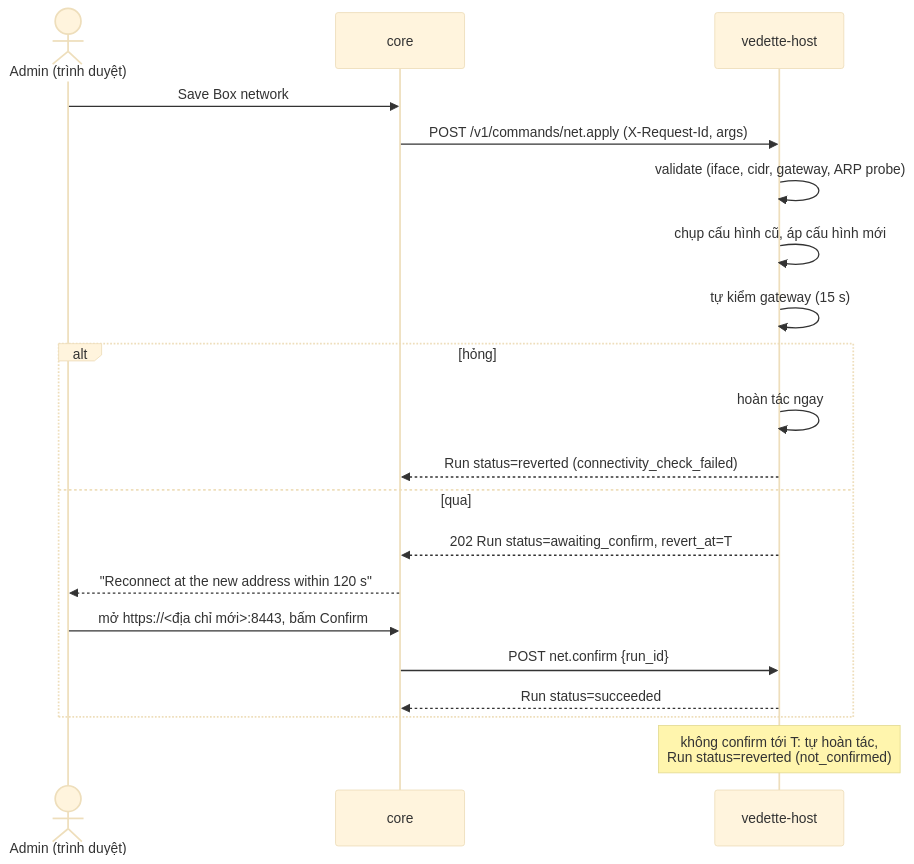
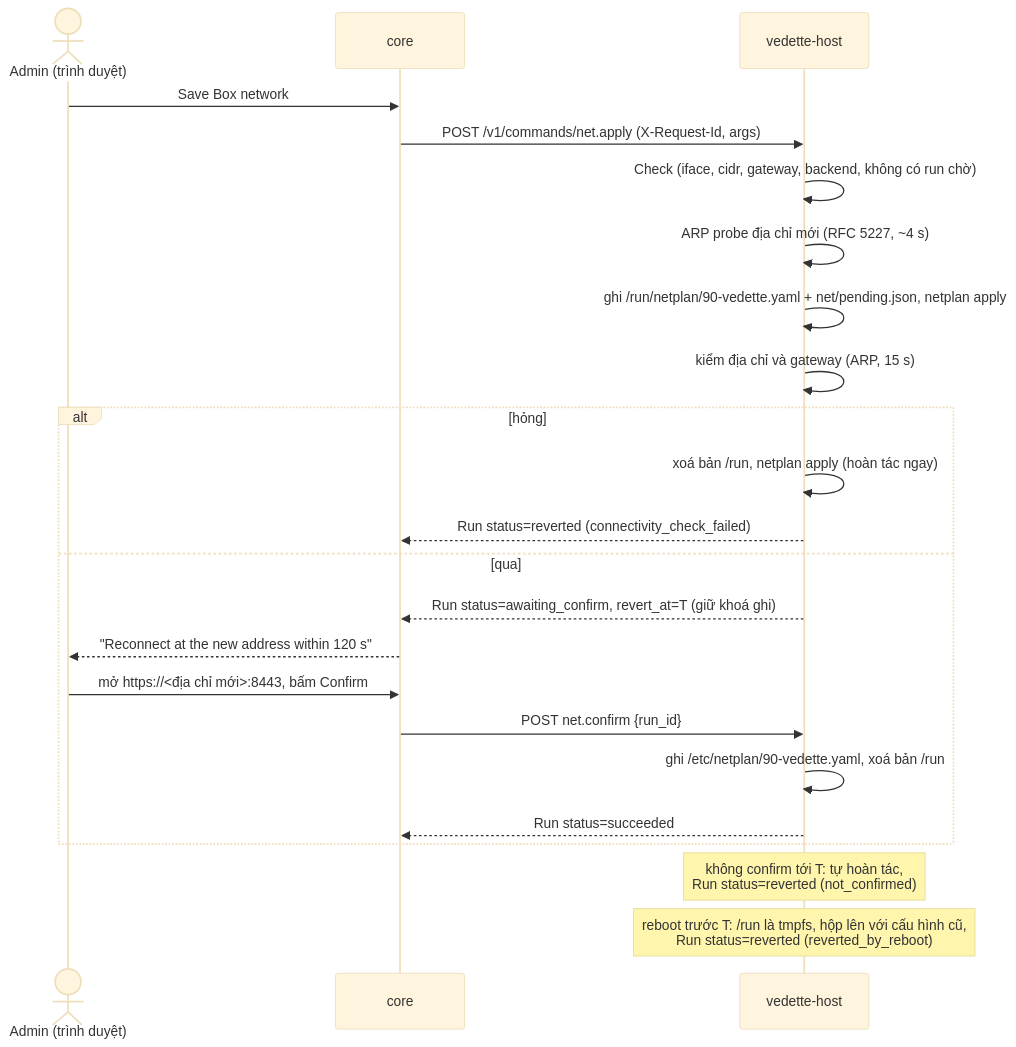
One commit to KNT048/vedette changed the diagram in docs/specs/host-api.md. Above: the diagram before and after it, drawn with Mermaid (base theme). The commit also changed other lines of this file and 13 other files, not shown here.

````diff
--- a/docs/specs/host-api.md
+++ b/docs/specs/host-api.md
@@ -214,22 +233,25 @@
 ```mermaid
 sequenceDiagram
     actor A as Admin (trình duyệt)
     participant C as core
     participant H as vedette-host
     A->>C: Save Box network
     C->>H: POST /v1/commands/net.apply (X-Request-Id, args)
-    H->>H: validate (iface, cidr, gateway, ARP probe)
-    H->>H: chụp cấu hình cũ, áp cấu hình mới
-    H->>H: tự kiểm gateway (15 s)
+    H->>H: Check (iface, cidr, gateway, backend, không có run chờ)
+    H->>H: ARP probe địa chỉ mới (RFC 5227, ~4 s)
+    H->>H: ghi /run/netplan/90-vedette.yaml + net/pending.json, netplan apply
+    H->>H: kiểm địa chỉ và gateway (ARP, 15 s)
     alt hỏng
-        H->>H: hoàn tác ngay
+        H->>H: xoá bản /run, netplan apply (hoàn tác ngay)
         H-->>C: Run status=reverted (connectivity_check_failed)
     else qua
-        H-->>C: 202 Run status=awaiting_confirm, revert_at=T
+        H-->>C: Run status=awaiting_confirm, revert_at=T (giữ khoá ghi)
         C-->>A: "Reconnect at the new address within 120 s"
         A->>C: mở https://<địa chỉ mới>:8443, bấm Confirm
         C->>H: POST net.confirm {run_id}
+        H->>H: ghi /etc/netplan/90-vedette.yaml, xoá bản /run
         H-->>C: Run status=succeeded
     end
     Note over H: không confirm tới T: tự hoàn tác,<br/>Run status=reverted (not_confirmed)
+    Note over H: reboot trước T: /run là tmpfs, hộp lên với cấu hình cũ,<br/>Run status=reverted (reverted_by_reboot)
 ```
````
